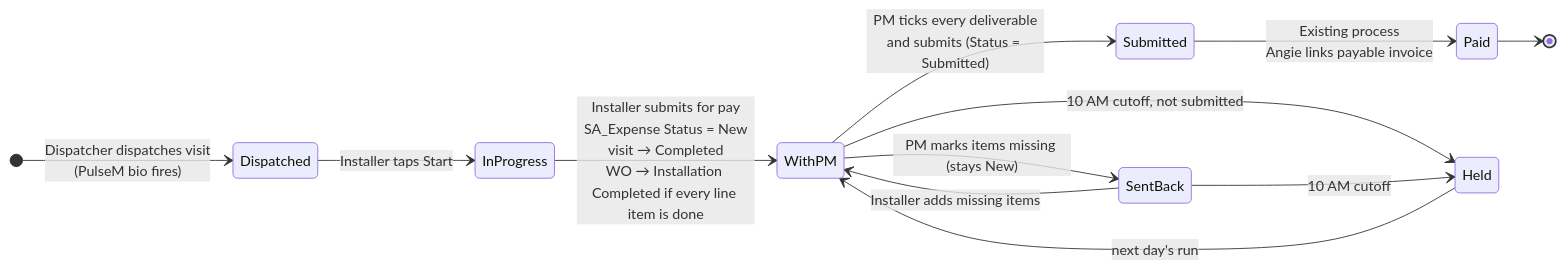
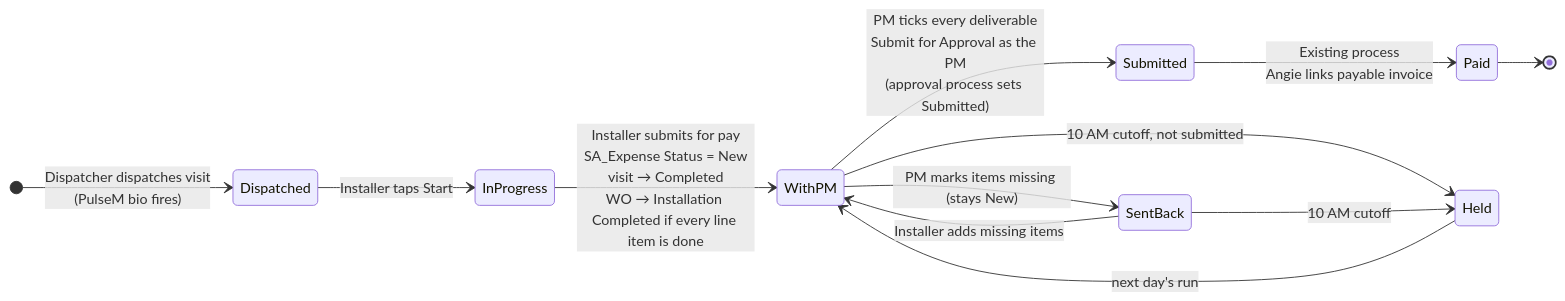
The diagram in vista/docs/approval-flow.md (gullettematt-cpu/scorecard), drawn with Mermaid before and after one commit. The commit also changed other lines of this file and 18 other files, not shown here.

First line of the commit message:
Vista: measure techs; submit through the existing approval process

````diff
--- a/vista/docs/approval-flow.md
+++ b/vista/docs/approval-flow.md
@@ -30,15 +31,15 @@
 ```mermaid
 stateDiagram-v2
     direction LR
     [*] --> Dispatched: Dispatcher dispatches visit<br/>(PulseM bio fires)
     Dispatched --> InProgress: Installer taps Start
     InProgress --> WithPM: Installer submits for pay<br/>SA_Expense Status = New<br/>visit → Completed<br/>WO → Installation Completed if every line item is done
-    WithPM --> Submitted: PM ticks every deliverable<br/>and submits (Status = Submitted)
+    WithPM --> Submitted: PM ticks every deliverable<br/>Submit for Approval as the PM<br/>(approval process sets Submitted)
     WithPM --> SentBack: PM marks items missing (stays New)
     SentBack --> WithPM: Installer adds missing items
     Submitted --> Paid: Existing process<br/>Angie links payable invoice
     WithPM --> Held: 10 AM cutoff, not submitted
     SentBack --> Held: 10 AM cutoff
     Held --> WithPM: next day's run
     Paid --> [*]
 ```
````
